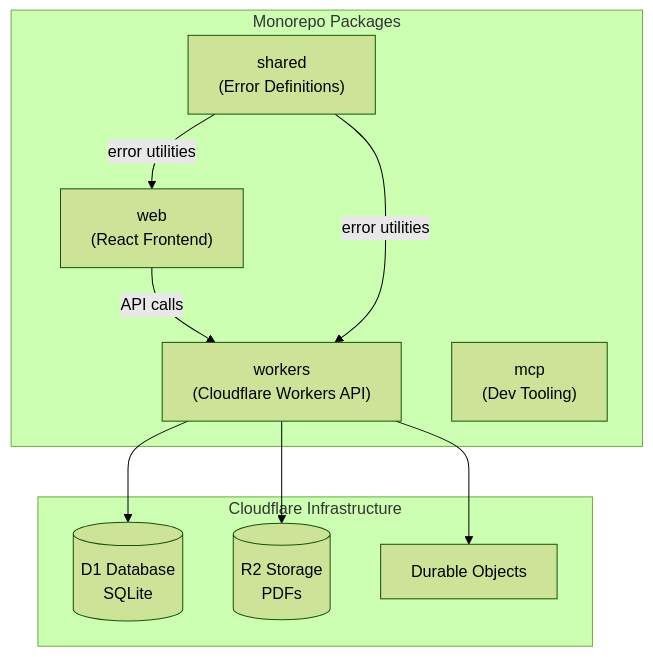
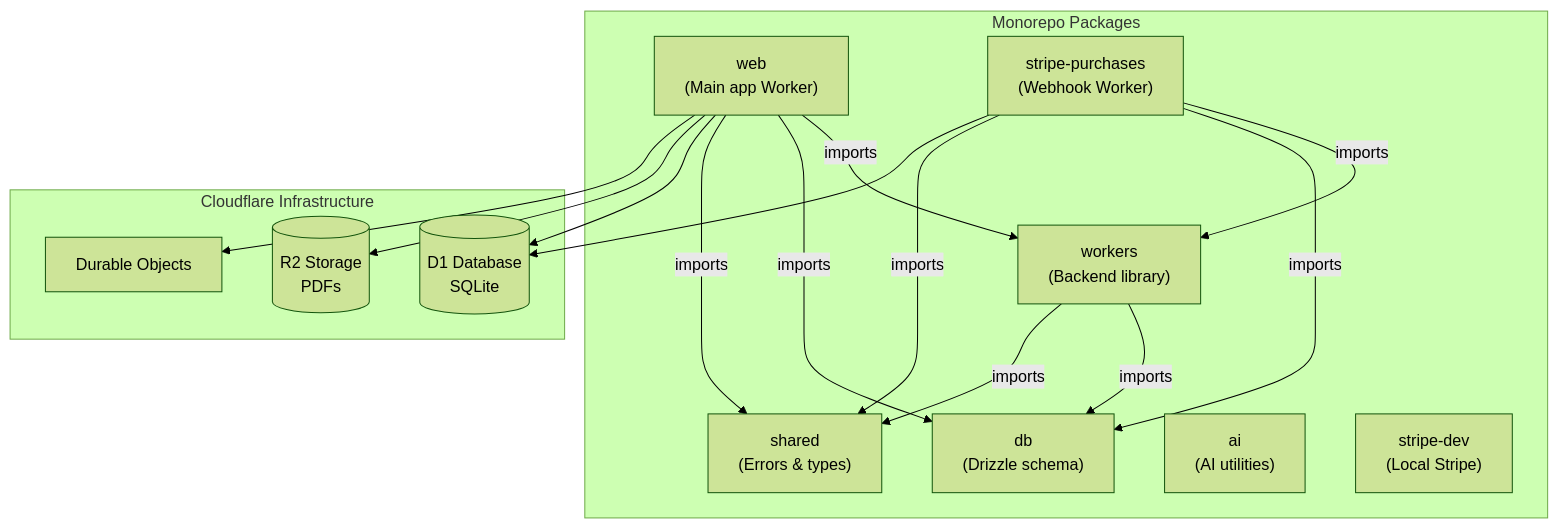
Before and after one commit to InfinityBowman/corates: the diagram in packages/docs/architecture/diagrams/01-package-architecture.md, drawn with Mermaid (forest theme). The commit also changed other lines of this file and 2 other files, not shown here.

Commit message:
update more docs

````diff
--- a/packages/docs/architecture/diagrams/01-package-architecture.md
+++ b/packages/docs/architecture/diagrams/01-package-architecture.md
@@ -5,22 +5,31 @@
 ```mermaid
 graph TB
     subgraph "Monorepo Packages"
-        web["web<br/>(React Frontend)"]
-        workers["workers<br/>(Cloudflare Workers API)"]
-        shared["shared<br/>(Error Definitions)"]
-        mcp["mcp<br/>(Dev Tooling)"]
+        web["web<br/>(Main app Worker)"]
+        stripePurchases["stripe-purchases<br/>(Webhook Worker)"]
+        workers["workers<br/>(Backend library)"]
+        db["db<br/>(Drizzle schema)"]
+        shared["shared<br/>(Errors & types)"]
+        ai["ai<br/>(AI utilities)"]
+        stripeDev["stripe-dev<br/>(Local Stripe)"]
     end
 
     subgraph "Cloudflare Infrastructure"
         D1[(D1 Database<br/>SQLite)]
         R2[(R2 Storage<br/>PDFs)]
         DO["Durable Objects"]
     end
 
-    web -->|"API calls"| workers
-    shared -->|"error utilities"| web
-    shared -->|"error utilities"| workers
-    workers --> D1
-    workers --> R2
-    workers --> DO
+    web -->|"imports"| workers
+    web -->|"imports"| db
+    web -->|"imports"| shared
+    stripePurchases -->|"imports"| workers
+    stripePurchases -->|"imports"| db
+    stripePurchases -->|"imports"| shared
+    workers -->|"imports"| db
+    workers -->|"imports"| shared
+    web --> D1
+    web --> R2
+    web --> DO
+    stripePurchases --> D1
 ```
````
